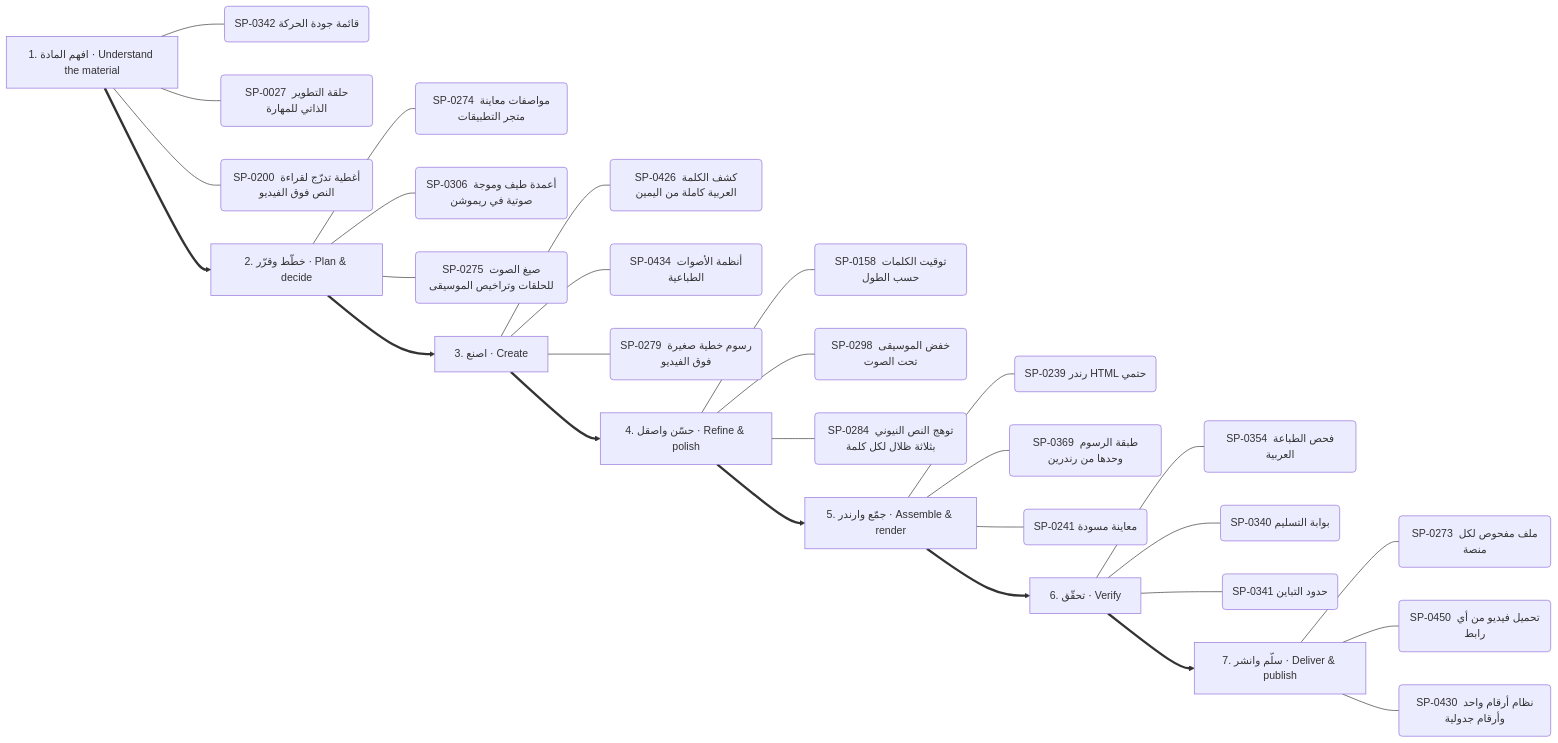
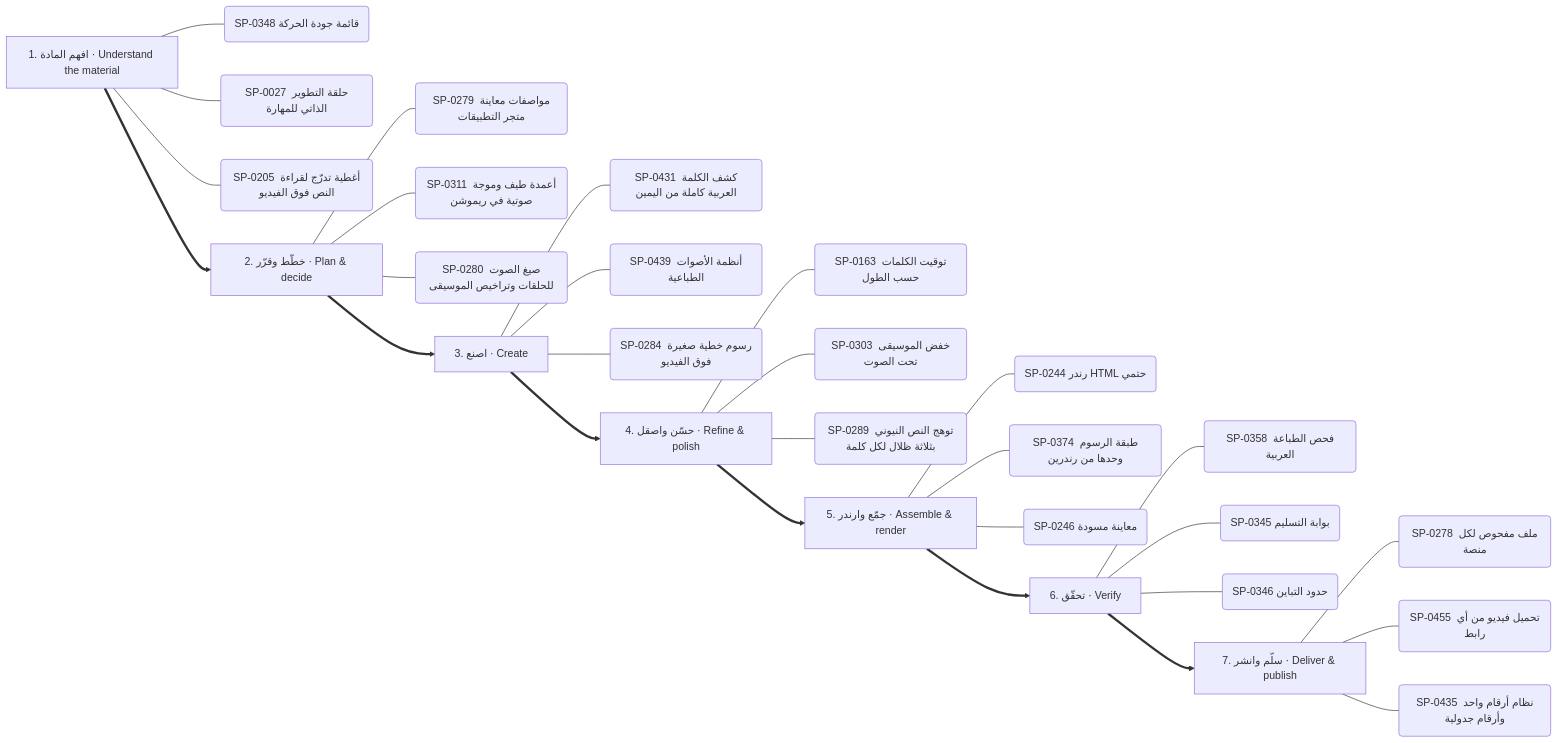
The second of 13 diagrams in .claude/skills/kosif-superpowers/references/capability-mindmap.md (kosif199022-jpg/kosif-tool), drawn with Mermaid before and after one commit. The commit also changed other lines of this file and 376 other files, not shown here.

````diff
--- a/.claude/skills/kosif-superpowers/references/capability-mindmap.md
+++ b/.claude/skills/kosif-superpowers/references/capability-mindmap.md
@@ -126,37 +128,37 @@
 ```mermaid
 flowchart LR
   S0["1. افهم المادة · Understand the material"]
-  S0 --- S0_0("SP-0342 قائمة جودة الحركة")
+  S0 --- S0_0("SP-0348 قائمة جودة الحركة")
   S0 --- S0_1("SP-0027 حلقة التطوير الذاتي للمهارة")
-  S0 --- S0_2("SP-0200 أغطية تدرّج لقراءة النص فوق الفيديو")
+  S0 --- S0_2("SP-0205 أغطية تدرّج لقراءة النص فوق الفيديو")
   S1["2. خطّط وقرّر · Plan & decide"]
-  S1 --- S1_0("SP-0274 مواصفات معاينة متجر التطبيقات")
-  S1 --- S1_1("SP-0306 أعمدة طيف وموجة صوتية في ريموشن")
-  S1 --- S1_2("SP-0275 صيغ الصوت للحلقات وتراخيص الموسيقى")
+  S1 --- S1_0("SP-0279 مواصفات معاينة متجر التطبيقات")
+  S1 --- S1_1("SP-0311 أعمدة طيف وموجة صوتية في ريموشن")
+  S1 --- S1_2("SP-0280 صيغ الصوت للحلقات وتراخيص الموسيقى")
   S0 ==> S1
   S2["3. اصنع · Create"]
-  S2 --- S2_0("SP-0426 كشف الكلمة العربية كاملة من اليمين")
-  S2 --- S2_1("SP-0434 أنظمة الأصوات الطباعية")
-  S2 --- S2_2("SP-0279 رسوم خطية صغيرة فوق الفيديو")
+  S2 --- S2_0("SP-0431 كشف الكلمة العربية كاملة من اليمين")
+  S2 --- S2_1("SP-0439 أنظمة الأصوات الطباعية")
+  S2 --- S2_2("SP-0284 رسوم خطية صغيرة فوق الفيديو")
   S1 ==> S2
   S3["4. حسّن واصقل · Refine & polish"]
-  S3 --- S3_0("SP-0158 توقيت الكلمات حسب الطول")
-  S3 --- S3_1("SP-0298 خفض الموسيقى تحت الصوت")
-  S3 --- S3_2("SP-0284 توهج النص النيوني بثلاثة ظلال لكل كلمة")
+  S3 --- S3_0("SP-0163 توقيت الكلمات حسب الطول")
+  S3 --- S3_1("SP-0303 خفض الموسيقى تحت الصوت")
+  S3 --- S3_2("SP-0289 توهج النص النيوني بثلاثة ظلال لكل كلمة")
   S2 ==> S3
   S4["5. جمّع وارندر · Assemble & render"]
-  S4 --- S4_0("SP-0239 رندر HTML حتمي")
-  S4 --- S4_1("SP-0369 طبقة الرسوم وحدها من رندرين")
-  S4 --- S4_2("SP-0241 معاينة مسودة")
+  S4 --- S4_0("SP-0244 رندر HTML حتمي")
+  S4 --- S4_1("SP-0374 طبقة الرسوم وحدها من رندرين")
+  S4 --- S4_2("SP-0246 معاينة مسودة")
   S3 ==> S4
   S5["6. تحقّق · Verify"]
-  S5 --- S5_0("SP-0354 فحص الطباعة العربية")
-  S5 --- S5_1("SP-0340 بوابة التسليم")
-  S5 --- S5_2("SP-0341 حدود التباين")
+  S5 --- S5_0("SP-0358 فحص الطباعة العربية")
+  S5 --- S5_1("SP-0345 بوابة التسليم")
+  S5 --- S5_2("SP-0346 حدود التباين")
   S4 ==> S5
   S6["7. سلّم وانشر · Deliver & publish"]
-  S6 --- S6_0("SP-0273 ملف مفحوص لكل منصة")
-  S6 --- S6_1("SP-0450 تحميل فيديو من أي رابط")
-  S6 --- S6_2("SP-0430 نظام أرقام واحد وأرقام جدولية")
+  S6 --- S6_0("SP-0278 ملف مفحوص لكل منصة")
+  S6 --- S6_1("SP-0455 تحميل فيديو من أي رابط")
+  S6 --- S6_2("SP-0435 نظام أرقام واحد وأرقام جدولية")
   S5 ==> S6
 ```
````
